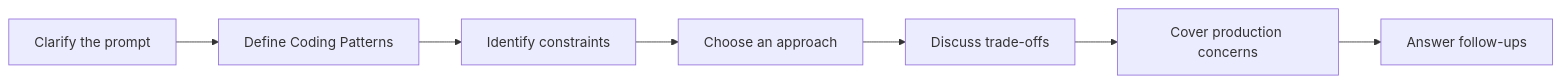
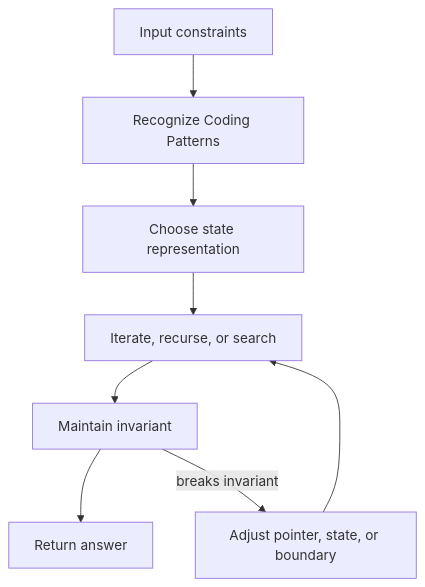
The diagram in coding-round/coding-patterns/index.md (abstractinterviews/abstractinterviews.github.io), drawn with Mermaid before and after one commit. The commit also changed other lines of this file and 278 other files, not shown here.

````diff
--- a/coding-round/coding-patterns/index.md
+++ b/coding-round/coding-patterns/index.md
@@ -155,9 +157,10 @@
-~~~mermaid
-flowchart LR
-    A["Clarify the prompt"] --> B["Define Coding Patterns"]
-    B --> C["Identify constraints"]
-    C --> D["Choose an approach"]
-    D --> E["Discuss trade-offs"]
-    E --> F["Cover production concerns"]
-    F --> G["Answer follow-ups"]
-~~~
+```mermaid
+flowchart TD
+    Input["Input constraints"] --> Pattern["Recognize Coding Patterns"]
+    Pattern --> State["Choose state representation"]
+    State --> Iterate["Iterate, recurse, or search"]
+    Iterate --> Check["Maintain invariant"]
+    Check --> Result["Return answer"]
+    Check -->|breaks invariant| Fix["Adjust pointer, state, or boundary"]
+    Fix --> Iterate
+```
````
